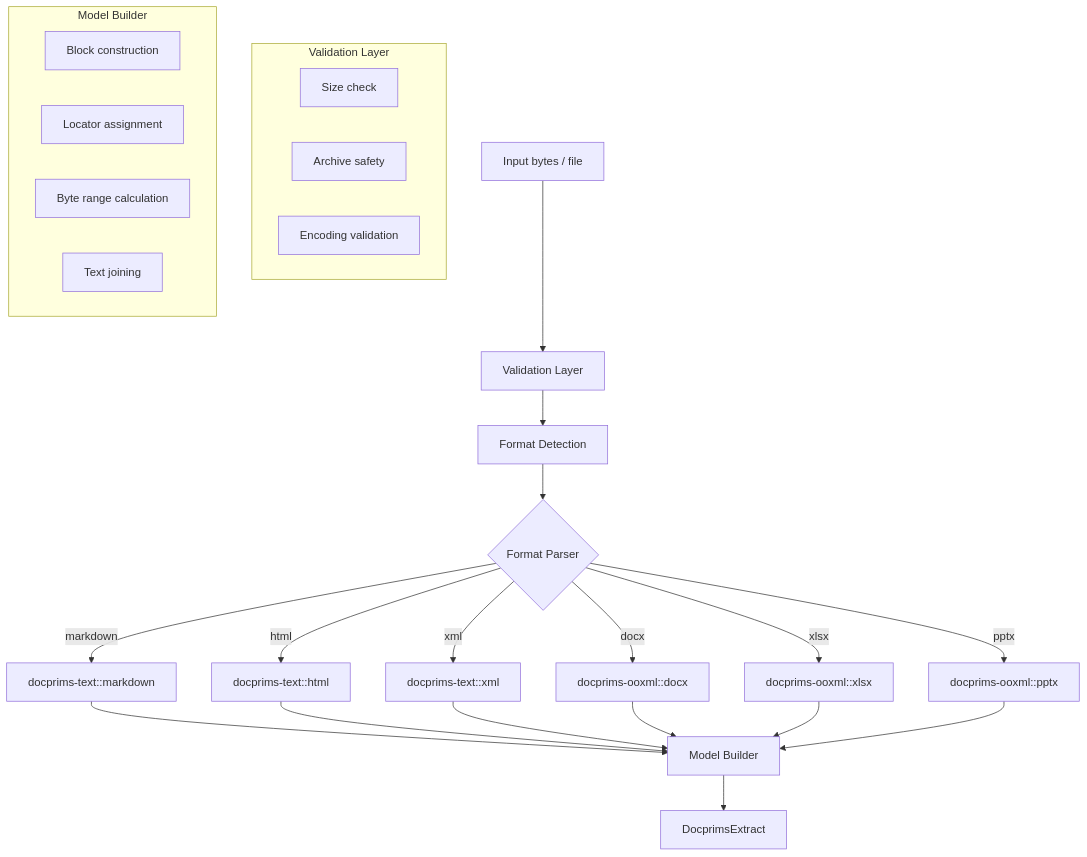
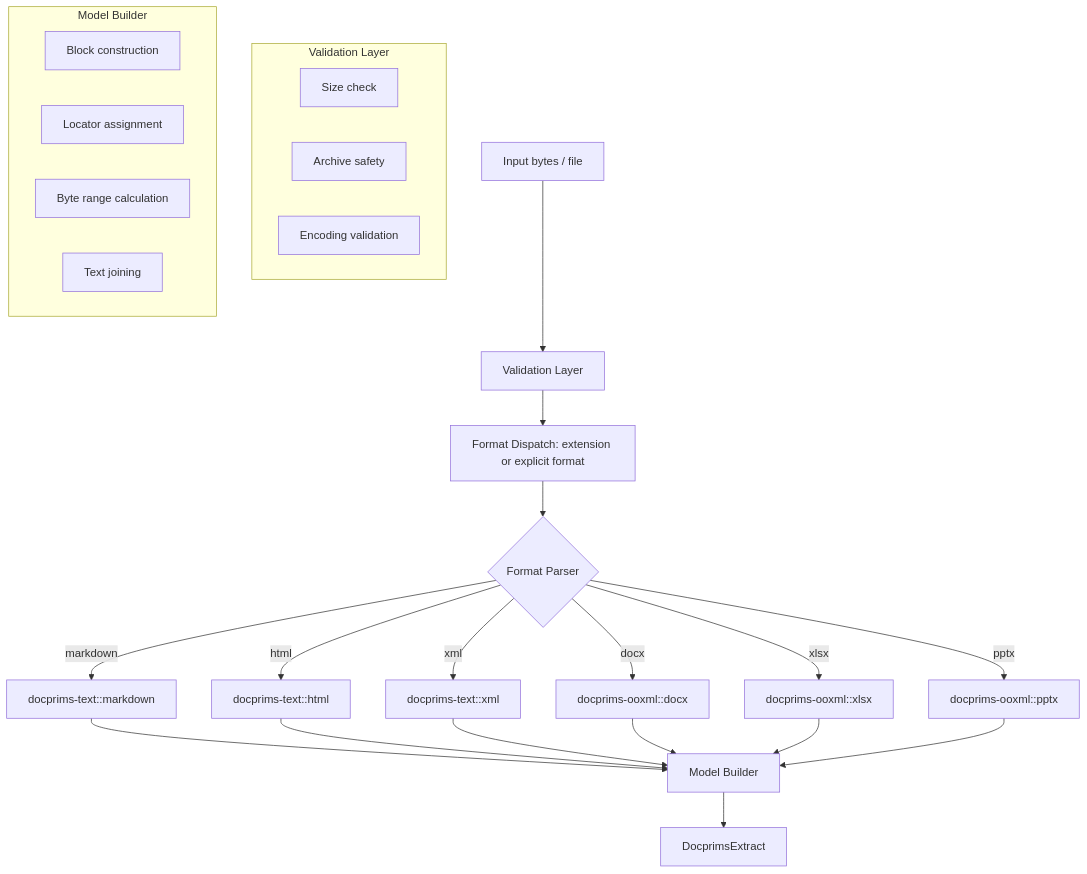
Before and after one commit to 3leaps/docprims: the second of 2 diagrams in docs/architecture/overview.md, drawn with Mermaid. The commit also changed other lines of this file and 2 other files, not shown here.

````diff
--- a/docs/architecture/overview.md
+++ b/docs/architecture/overview.md
@@ -256,36 +257,36 @@
 ```mermaid
 flowchart TD
   I[Input bytes / file] --> V[Validation Layer]
 
   subgraph Validation Layer
     SZ[Size check]
     ZIP[Archive safety]
     ENC[Encoding validation]
   end
 
-  V --> D[Format Detection]
+  V --> D[Format Dispatch: extension or explicit format]
   D --> P{Format Parser}
 
   P -->|markdown| TM[docprims-text::markdown]
   P -->|html| TH[docprims-text::html]
   P -->|xml| TX[docprims-text::xml]
   P -->|docx| OD[docprims-ooxml::docx]
   P -->|xlsx| OX[docprims-ooxml::xlsx]
   P -->|pptx| OP[docprims-ooxml::pptx]
 
   TM --> M[Model Builder]
   TH --> M
   TX --> M
   OD --> M
   OX --> M
   OP --> M
 
   M --> O[DocprimsExtract]
 
   subgraph Model Builder
     BL[Block construction]
     LO[Locator assignment]
     BR[Byte range calculation]
     JN[Text joining]
   end
 ```
````
